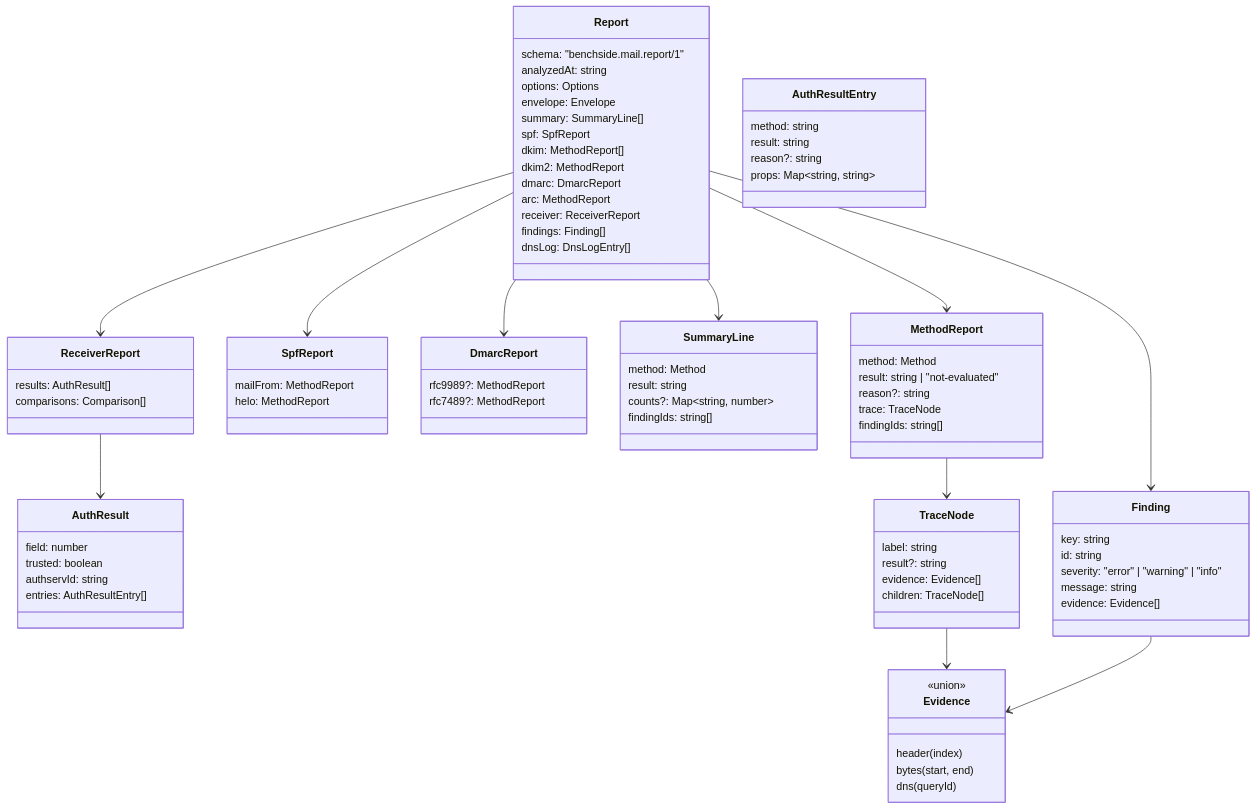
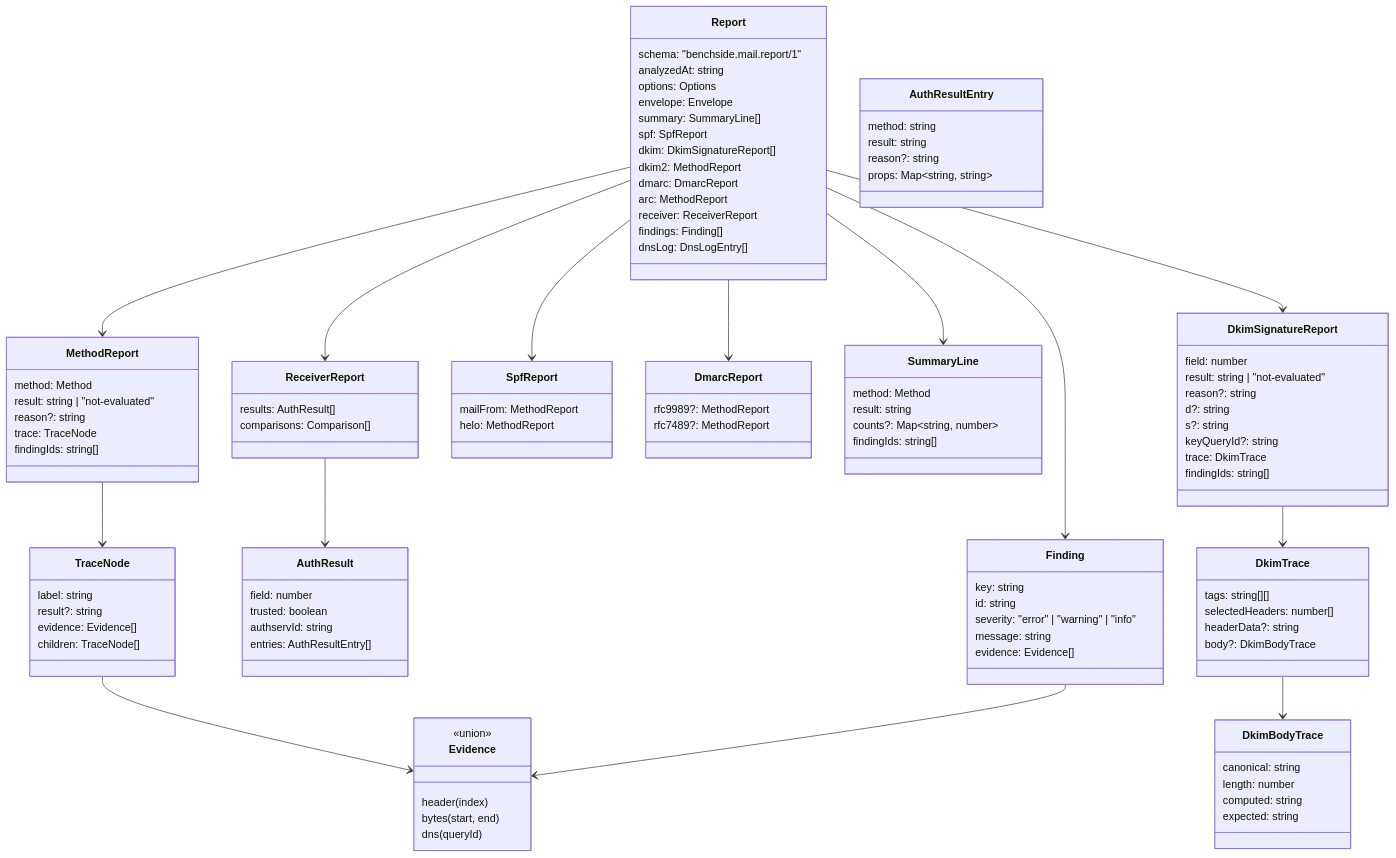
The diagram in docs/reference/mail/report.md (photom/benchside), drawn with Mermaid before and after one commit. The commit also changed 10 other files, not shown here.

```diff
--- a/docs/reference/mail/report.md
+++ b/docs/reference/mail/report.md
@@ -13,7 +13,7 @@
     envelope: Envelope
     summary: SummaryLine[]
     spf: SpfReport
-    dkim: MethodReport[]
+    dkim: DkimSignatureReport[]
     dkim2: MethodReport
     dmarc: DmarcReport
     arc: MethodReport
@@ -27,6 +27,28 @@
     reason?: string
     trace: TraceNode
     findingIds: string[]
+  }
+  class DkimSignatureReport {
+    field: number
+    result: string | "not-evaluated"
+    reason?: string
+    d?: string
+    s?: string
+    keyQueryId?: string
+    trace: DkimTrace
+    findingIds: string[]
+  }
+  class DkimTrace {
+    tags: string[][]
+    selectedHeaders: number[]
+    headerData?: string
+    body?: DkimBodyTrace
+  }
+  class DkimBodyTrace {
+    canonical: string
+    length: number
+    computed: string
+    expected: string
   }
   class SpfReport {
     mailFrom: MethodReport
@@ -78,6 +100,9 @@
     dns(queryId)
   }
   Report --> MethodReport
+  Report --> DkimSignatureReport
+  DkimSignatureReport --> DkimTrace
+  DkimTrace --> DkimBodyTrace
   Report --> SpfReport
   Report --> DmarcReport
   Report --> SummaryLine
```
